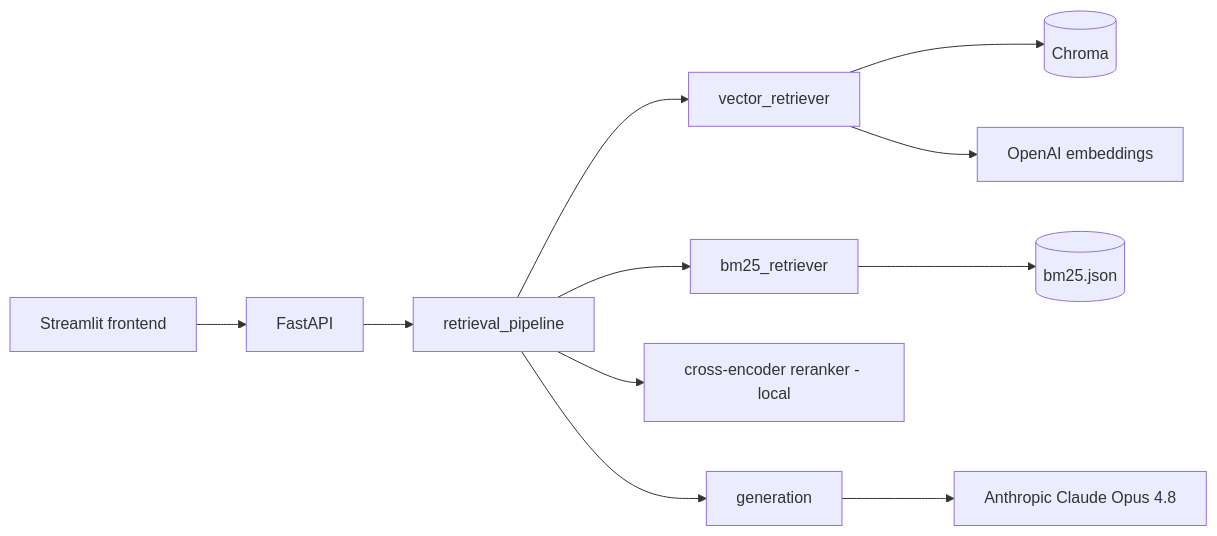
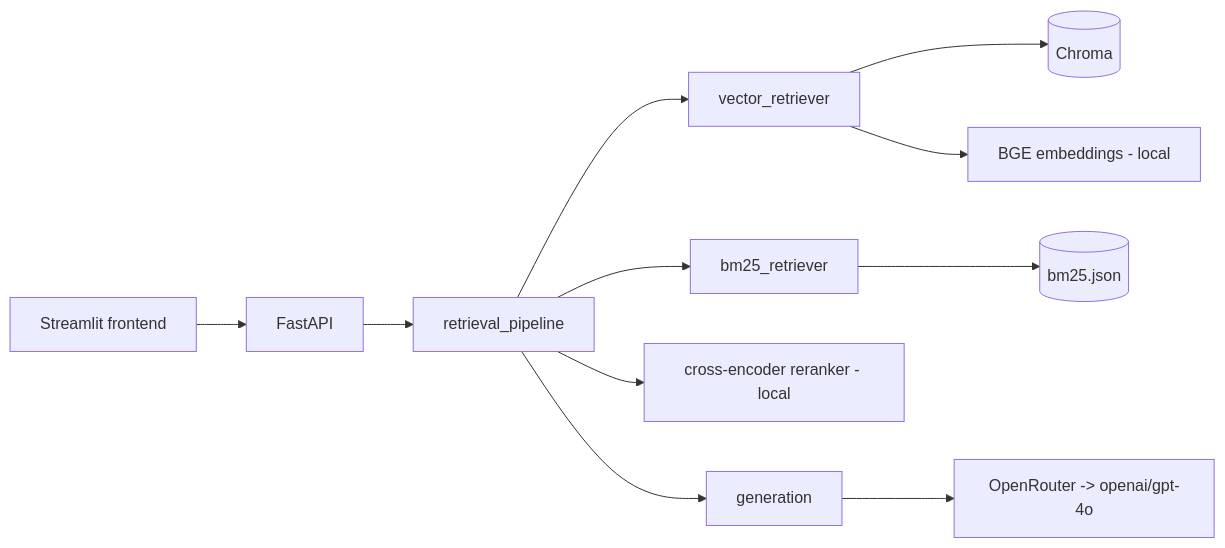
The fourth of 4 diagrams in architecture/RETRIEVAL_DESIGN.md (deviprasadreddyp/PE-RAG), drawn with Mermaid before and after one commit. The commit also changed other lines of this file and 8 other files, not shown here.

First line of the commit message:
docs: reconcile stack to local BGE embeddings + OpenAI-via-OpenRouter generation

````diff
--- a/architecture/RETRIEVAL_DESIGN.md
+++ b/architecture/RETRIEVAL_DESIGN.md
@@ -259,10 +260,10 @@
 ```mermaid
 flowchart LR
     FE[Streamlit frontend] --> API[FastAPI]
     API --> PIPE[retrieval_pipeline]
     PIPE --> VEC[vector_retriever] --> CHROMA[(Chroma)]
     PIPE --> BM[bm25_retriever] --> BJSON[(bm25.json)]
-    VEC --> EMB[OpenAI embeddings]
+    VEC --> EMB[BGE embeddings - local]
     PIPE --> RR[cross-encoder reranker - local]
-    PIPE --> GEN[generation] --> CLAUDE[Anthropic Claude Opus 4.8]
+    PIPE --> GEN[generation] --> GPT[OpenRouter -> openai/gpt-4o]
 ```
````
